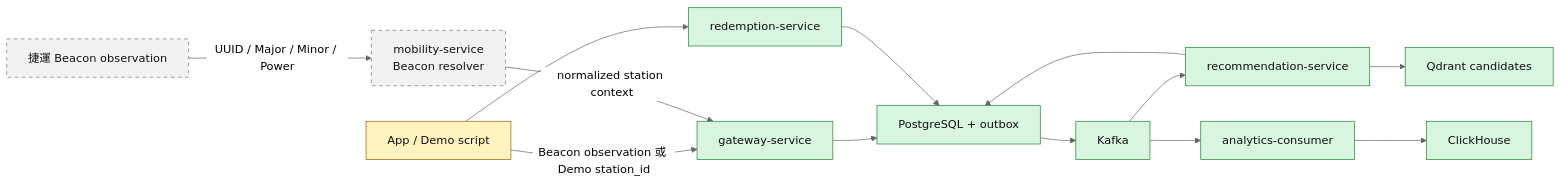
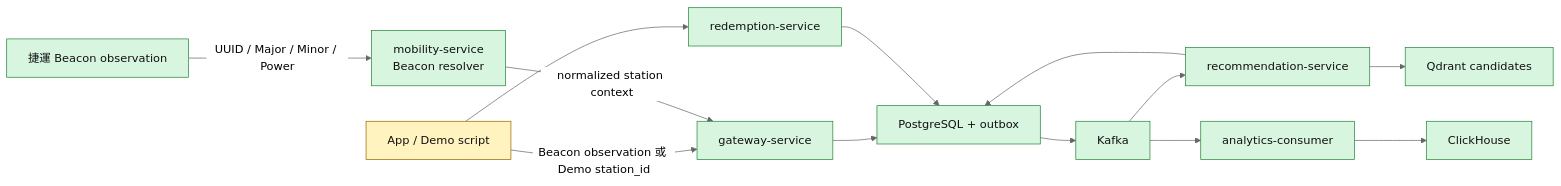
The first of 6 diagrams in docs/architecture.md (HiIamJeff67/spacetime-node), drawn with Mermaid (neutral theme) before and after one commit. The commit also changed other lines of this file and 8 other files, not shown here.

````diff
--- a/docs/architecture.md
+++ b/docs/architecture.md
@@ -52,22 +52,21 @@
 ```mermaid
 flowchart LR
     App["App / Demo script"] -->|"Beacon observation 或 Demo station_id"| Gateway["gateway-service"]
     Beacon["捷運 Beacon observation"] -->|"UUID / Major / Minor / Power"| Mobility["mobility-service\nBeacon resolver"]
     Mobility -->|"normalized station context"| Gateway
     Gateway --> PG["PostgreSQL + outbox"]
     PG --> Kafka["Kafka"]
     Kafka --> Recommendation["recommendation-service"]
     Recommendation --> Qdrant["Qdrant candidates"]
     Recommendation --> PG
     Kafka --> Analytics["analytics-consumer"]
     Analytics --> ClickHouse["ClickHouse"]
     App --> Redemption["redemption-service"]
     Redemption --> PG
 
     classDef complete fill:#d7f5df,stroke:#238636,color:#111;
     classDef partial fill:#fff3bf,stroke:#9a6700,color:#111;
-    classDef planned fill:#f2f2f2,stroke:#6e7781,stroke-dasharray:5 5,color:#111;
     class Gateway,PG,Kafka,Recommendation,Qdrant,Analytics,ClickHouse,Redemption complete;
     class App partial;
-    class Beacon,Mobility planned;
+    class Beacon,Mobility complete;
 ```
````
